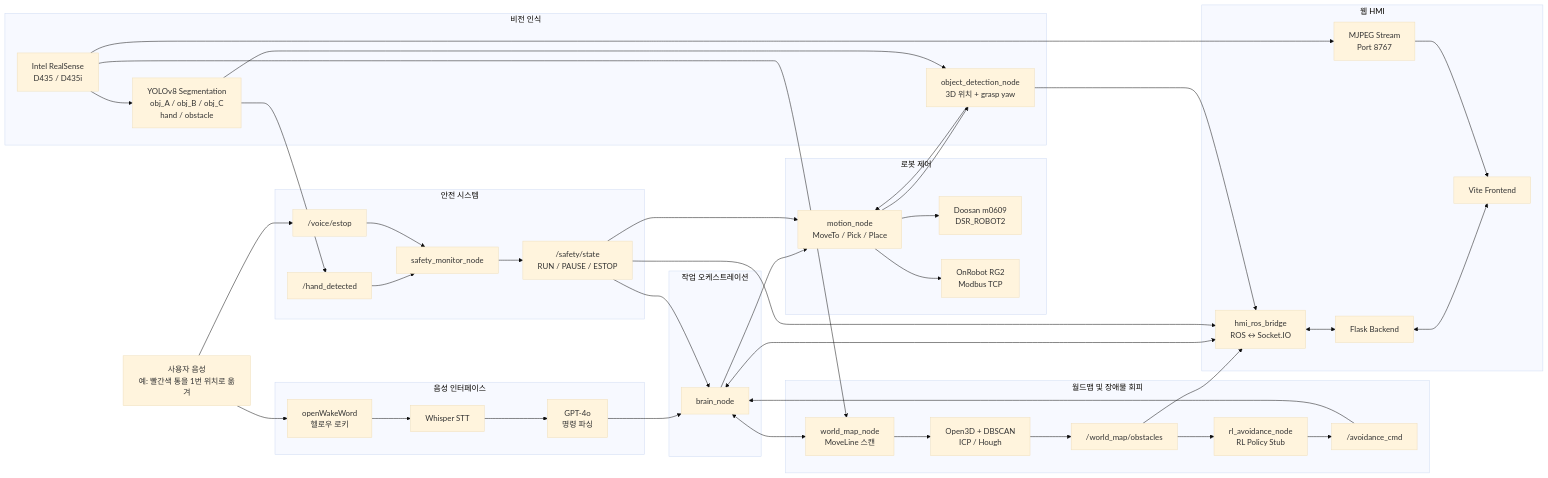
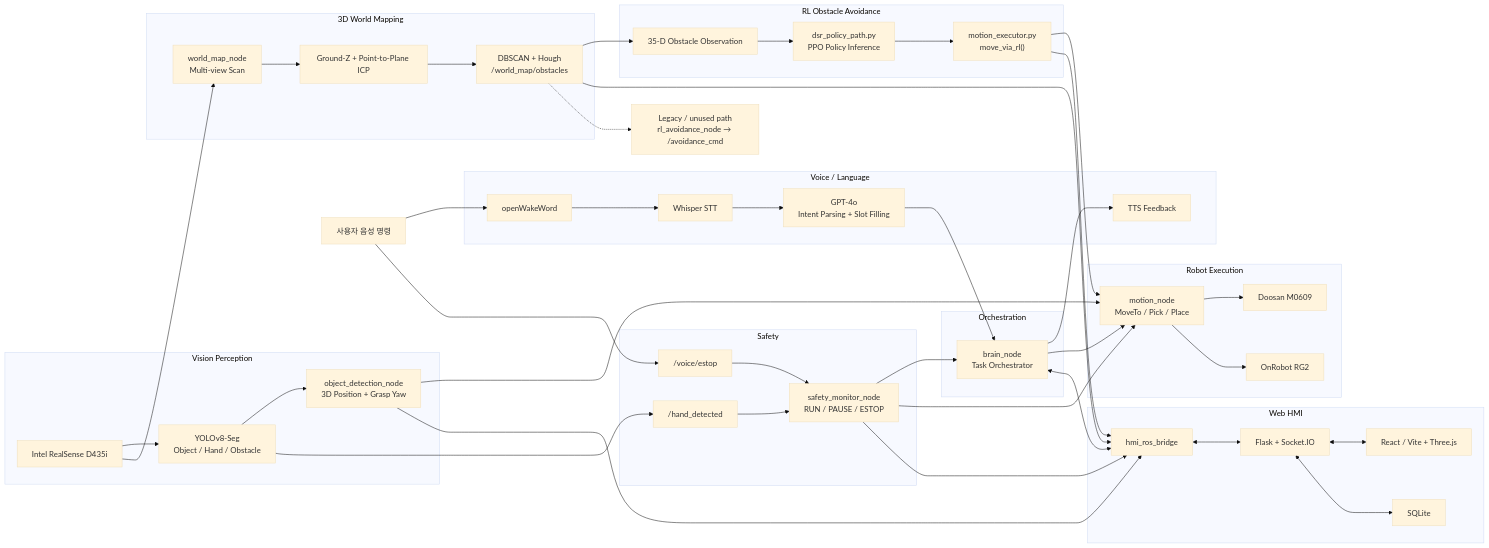
Before and after one commit to poi3824/2026_ROKEY_RL-Avoid-Obstacle: the diagram in README.md, drawn with Mermaid (base theme). The commit also changed other lines of this file, not shown here.

````diff
--- a/README.md
+++ b/README.md
@@ -115,87 +60,78 @@
 ```mermaid
 flowchart LR
-    USER["사용자 음성<br/>예: 빨간색 통을 1번 위치로 옮겨"]
+    USER["사용자 음성 명령"]
 
-    subgraph VOICE["음성 인터페이스"]
-        WAKE["openWakeWord<br/>헬로우 로키"]
+    subgraph VOICE["Voice / Language"]
+        WAKE["openWakeWord"]
         STT["Whisper STT"]
-        LLM["GPT-4o<br/>명령 파싱"]
+        LLM["GPT-4o<br/>Intent Parsing + Slot Filling"]
+        TTS["TTS Feedback"]
     end
 
-    subgraph ORCHESTRATION["작업 오케스트레이션"]
-        BRAIN["brain_node"]
+    subgraph ORCH["Orchestration"]
+        BRAIN["brain_node<br/>Task Orchestrator"]
     end
 
-    subgraph VISION["비전 인식"]
-        CAMERA["Intel RealSense<br/>D435 / D435i"]
-        YOLO["YOLOv8 Segmentation<br/>obj_A / obj_B / obj_C<br/>hand / obstacle"]
-        DETECTION["object_detection_node<br/>3D 위치 + grasp yaw"]
+    subgraph VISION["Vision Perception"]
+        CAMERA["Intel RealSense D435i"]
+        YOLO["YOLOv8-Seg<br/>Object / Hand / Obstacle"]
+        DETECT["object_detection_node<br/>3D Position + Grasp Yaw"]
     end
 
-    subgraph CONTROL["로봇 제어"]
-        MOTION["motion_node<br/>MoveTo / Pick / Place"]
-        ROBOT["Doosan m0609<br/>DSR_ROBOT2"]
-        GRIPPER["OnRobot RG2<br/>Modbus TCP"]
+    subgraph WORLD["3D World Mapping"]
+        WMNODE["world_map_node<br/>Multi-view Scan"]
+        REG["Ground-Z + Point-to-Plane ICP"]
+        OBS["DBSCAN + Hough<br/>/world_map/obstacles"]
     end
 
-    subgraph SAFETY["안전 시스템"]
-        HAND["/hand_detected"]
-        VOICE_STOP["/voice/estop"]
-        SAFETY_NODE["safety_monitor_node"]
-        SAFETY_STATE["/safety/state<br/>RUN / PAUSE / ESTOP"]
+    subgraph RL["RL Obstacle Avoidance"]
+        LIVE["35-D Obstacle Observation"]
+        POLICY["dsr_policy_path.py<br/>PPO Policy Inference"]
+        EXEC["motion_executor.py<br/>move_via_rl()"]
     end
 
-    subgraph PERCEPTION["월드맵 및 장애물 회피"]
-        WORLD["world_map_node<br/>MoveLine 스캔"]
-        CLUSTER["Open3D + DBSCAN<br/>ICP / Hough"]
-        OBSTACLES["/world_map/obstacles"]
-        RL["rl_avoidance_node<br/>RL Policy Stub"]
-        AVOID["/avoidance_cmd"]
+    subgraph SAFETY["Safety"]
+        HAND["/hand_detected"]
+        ESTOP["/voice/estop"]
+        SAFE["safety_monitor_node<br/>RUN / PAUSE / ESTOP"]
     end
 
-    subgraph HMI["웹 HMI"]
-        ROS_BRIDGE["hmi_ros_bridge<br/>ROS ↔ Socket.IO"]
-        BACKEND["Flask Backend"]
-        FRONTEND["Vite Frontend"]
-        STREAM["MJPEG Stream<br/>Port 8767"]
+    subgraph ROBOT["Robot Execution"]
+        MOTION["motion_node<br/>MoveTo / Pick / Place"]
+        ARM["Doosan M0609"]
+        GRIPPER["OnRobot RG2"]
     end
 
-    USER --> WAKE
-    WAKE --> STT
-    STT --> LLM
-    LLM --> BRAIN
+    subgraph HMI["Web HMI"]
+        BRIDGE["hmi_ros_bridge"]
+        BACK["Flask + Socket.IO"]
+        FRONT["React / Vite + Three.js"]
+        DB["SQLite"]
+    end
 
+    USER --> WAKE --> STT --> LLM --> BRAIN
+    BRAIN --> TTS
     BRAIN --> MOTION
-    MOTION --> DETECTION
-    CAMERA --> YOLO
-    YOLO --> DETECTION
-    DETECTION --> MOTION
 
-    MOTION --> ROBOT
+    CAMERA --> YOLO --> DETECT --> MOTION
+    CAMERA --> WMNODE --> REG --> OBS --> LIVE --> POLICY --> EXEC --> MOTION
+
+    YOLO --> HAND --> SAFE
+    USER --> ESTOP --> SAFE
+    SAFE --> BRAIN
+    SAFE --> MOTION
+
+    MOTION --> ARM
     MOTION --> GRIPPER
 
-    YOLO --> HAND
-    HAND --> SAFETY_NODE
-    USER --> VOICE_STOP
-    VOICE_STOP --> SAFETY_NODE
-    SAFETY_NODE --> SAFETY_STATE
-    SAFETY_STATE --> BRAIN
-    SAFETY_STATE --> MOTION
+    BRAIN <--> BRIDGE
+    DETECT --> BRIDGE
+    OBS --> BRIDGE
+    SAFE --> BRIDGE
+    EXEC --> BRIDGE
+    BRIDGE <--> BACK <--> FRONT
+    BACK <--> DB
 
-    BRAIN <--> WORLD
-    CAMERA --> WORLD
-    WORLD --> CLUSTER
-    CLUSTER --> OBSTACLES
-    OBSTACLES --> RL
-    RL --> AVOID
-    AVOID --> BRAIN
-
-    BRAIN <--> ROS_BRIDGE
-    SAFETY_STATE --> ROS_BRIDGE
-    DETECTION --> ROS_BRIDGE
-    OBSTACLES --> ROS_BRIDGE
-    ROS_BRIDGE <--> BACKEND
-    BACKEND <--> FRONTEND
-    CAMERA --> STREAM
-    STREAM --> FRONTEND
+    LEGACY["Legacy / unused path<br/>rl_avoidance_node → /avoidance_cmd"]
+    OBS -.-> LEGACY
 ```
````
